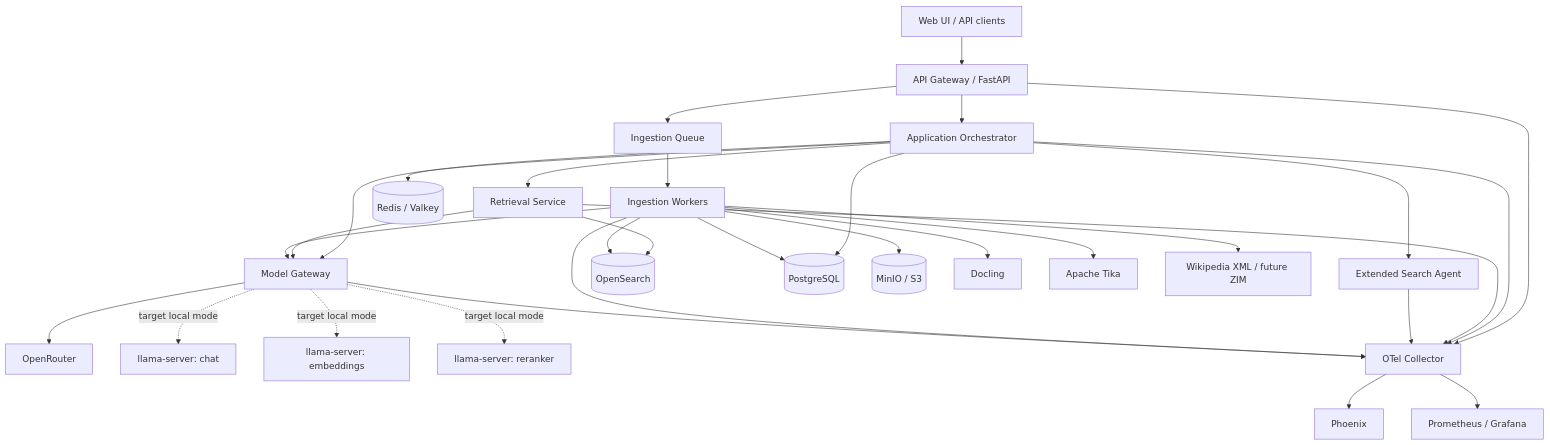
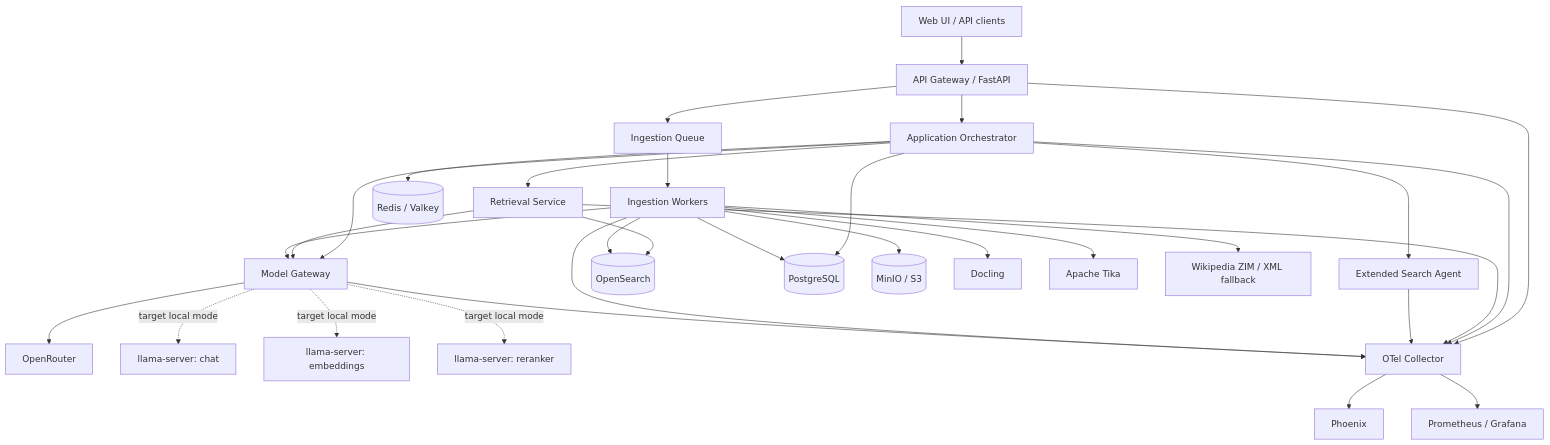
Before and after one commit to StickyClown/Wikipedia-RAG: the first of 3 diagrams in docs/architecture.md, drawn with Mermaid. The commit also changed other lines of this file and 90 other files, not shown here.

````diff
--- a/docs/architecture.md
+++ b/docs/architecture.md
@@ -85,59 +102,59 @@
 ```mermaid
 flowchart TB
     U[Web UI / API clients]
     G[API Gateway / FastAPI]
     A[Application Orchestrator]
     MG[Model Gateway]
     R[Retrieval Service]
     AG[Extended Search Agent]
     OS[(OpenSearch)]
     PG[(PostgreSQL)]
     RD[(Redis / Valkey)]
     S3[(MinIO / S3)]
     IQ[Ingestion Queue]
     IW[Ingestion Workers]
     D[Docling]
     T[Apache Tika]
-    Z[Wikipedia XML / future ZIM]
+    Z[Wikipedia ZIM / XML fallback]
     OR[OpenRouter]
     LC1[llama-server: chat]
     LC2[llama-server: embeddings]
     LC3[llama-server: reranker]
     OT[OTel Collector]
     PX[Phoenix]
     PM[Prometheus / Grafana]
 
     U --> G
     G --> A
     A --> R
     A --> AG
     A --> MG
     R --> OS
     R --> MG
     A --> PG
     A --> RD
 
     G --> IQ
     IQ --> IW
     IW --> D
     IW --> T
     IW --> Z
     IW --> MG
     IW --> OS
     IW --> PG
     IW --> S3
 
     MG --> OR
     MG -. target local mode .-> LC1
     MG -. target local mode .-> LC2
     MG -. target local mode .-> LC3
 
     G --> OT
     A --> OT
     R --> OT
     AG --> OT
     IW --> OT
     MG --> OT
     OT --> PX
     OT --> PM
 ```
````
